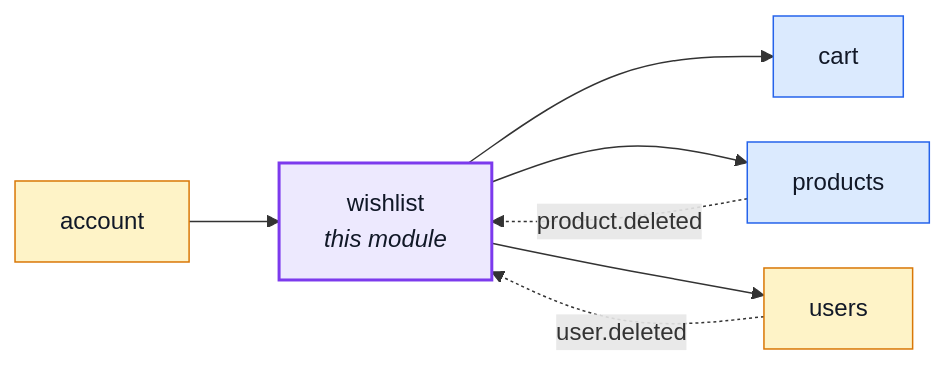
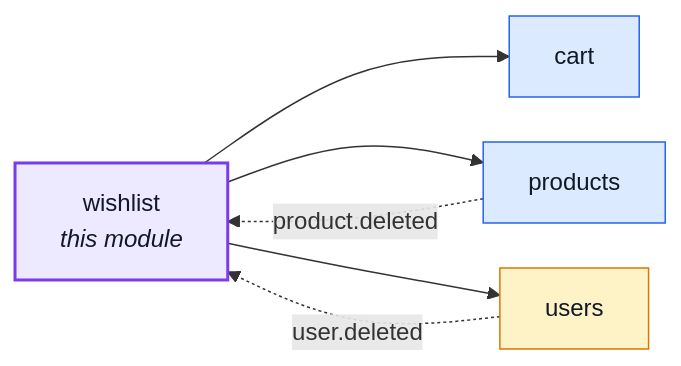
Before and after one commit to Guebbit/boilerplate-node-backend: the first of 2 diagrams in docs/modules/wishlist.md, drawn with Mermaid. The commit also changed 35 other files, not shown here.

````diff
--- a/docs/modules/wishlist.md
+++ b/docs/modules/wishlist.md
@@ -16,24 +16,22 @@
 ```mermaid
 %%{init: {'flowchart': {'nodeSpacing': 30, 'rankSpacing': 60}}}%%
 flowchart LR
     wishlist["wishlist<br/><i>this module</i>"]
-    account["account"]
     cart["cart"]
     products["products"]
     users["users"]
 
-    account --> wishlist
     wishlist --> cart
     wishlist --> products
     wishlist --> users
     products -. "product.deleted" .-> wishlist
     users -. "user.deleted" .-> wishlist
 
     classDef core fill:#dbeafe,stroke:#2563eb,color:#111827;
     classDef supporting fill:#fef3c7,stroke:#d97706,color:#111827;
     classDef generic fill:#dcfce7,stroke:#16a34a,color:#111827;
     classDef centre fill:#ede9fe,stroke:#7c3aed,stroke-width:2px,color:#111827;
     class cart,products core;
-    class account,users supporting;
+    class users supporting;
     class wishlist centre;
 ```
````
